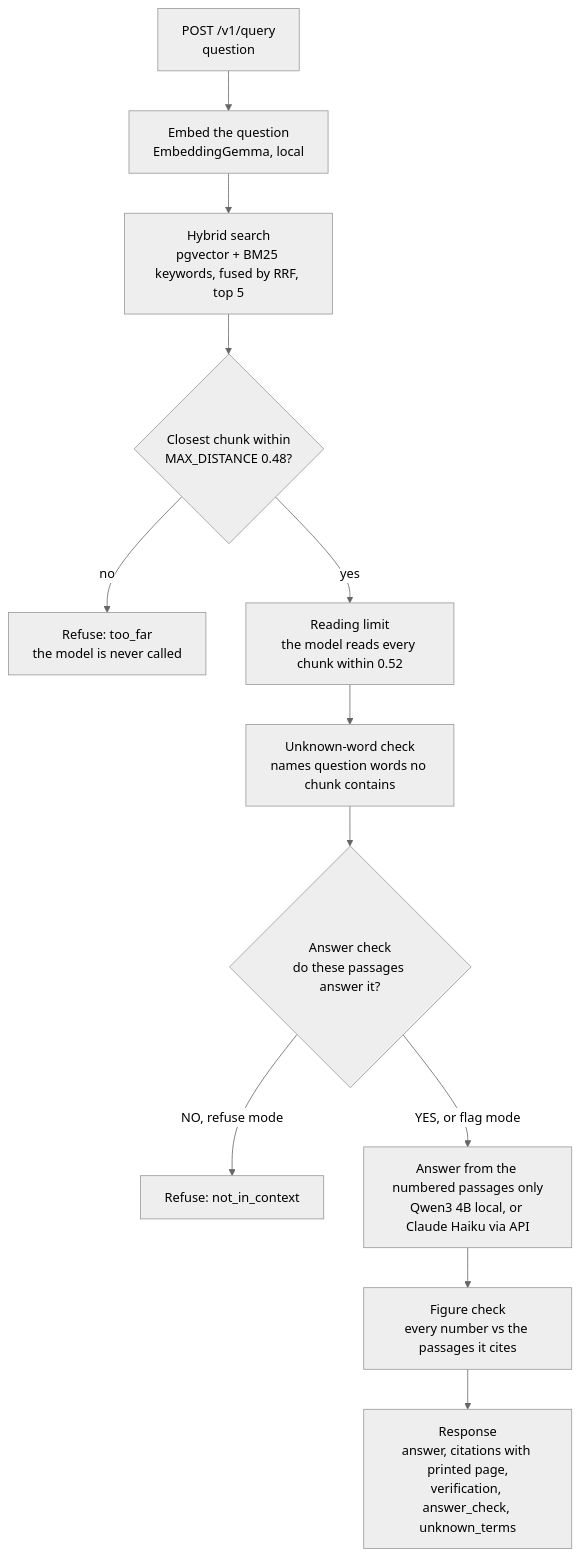
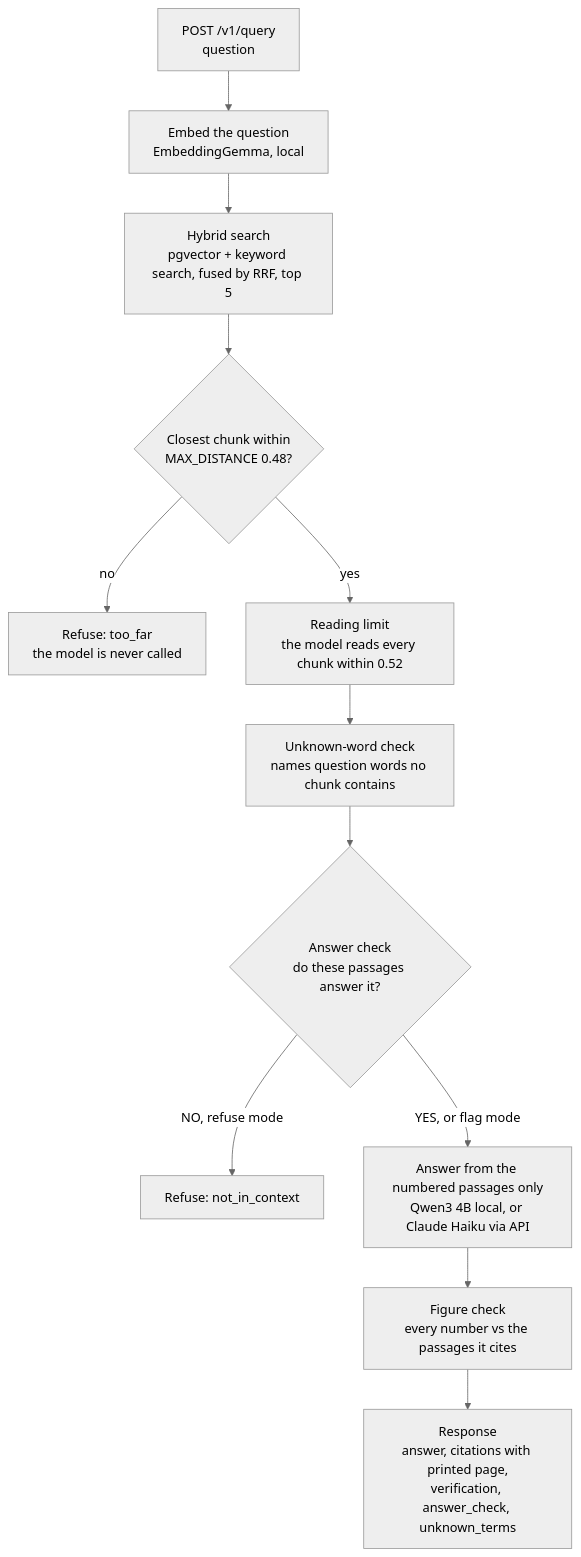
Before and after one commit to SujahathMSM/aerointel: the first of 4 diagrams in README.md, drawn with Mermaid (neutral theme). The commit also changed other lines of this file and 16 other files, not shown here.

First line of the commit message:
Keyword search: OR the question's words (KEYWORD_QUERY=any)

````diff
--- a/README.md
+++ b/README.md
@@ -75,14 +75,14 @@
 ```mermaid
 flowchart TD
     Q["POST /v1/query<br/>question"] --> E["Embed the question<br/>EmbeddingGemma, local"]
-    E --> H["Hybrid search<br/>pgvector + BM25 keywords, fused by RRF, top 5"]
+    E --> H["Hybrid search<br/>pgvector + keyword search, fused by RRF, top 5"]
     H --> G{"Closest chunk within<br/>MAX_DISTANCE 0.48?"}
     G -- no --> R1["Refuse: too_far<br/>the model is never called"]
     G -- yes --> C["Reading limit<br/>the model reads every chunk within 0.52"]
     C --> W["Unknown-word check<br/>names question words no chunk contains"]
     W --> A{"Answer check<br/>do these passages answer it?"}
     A -- "NO, refuse mode" --> R2["Refuse: not_in_context"]
     A -- "YES, or flag mode" --> L["Answer from the numbered passages only<br/>Qwen3 4B local, or Claude Haiku via API"]
     L --> V["Figure check<br/>every number vs the passages it cites"]
     V --> OUT["Response<br/>answer, citations with printed page,<br/>verification, answer_check, unknown_terms"]
 ```
````
